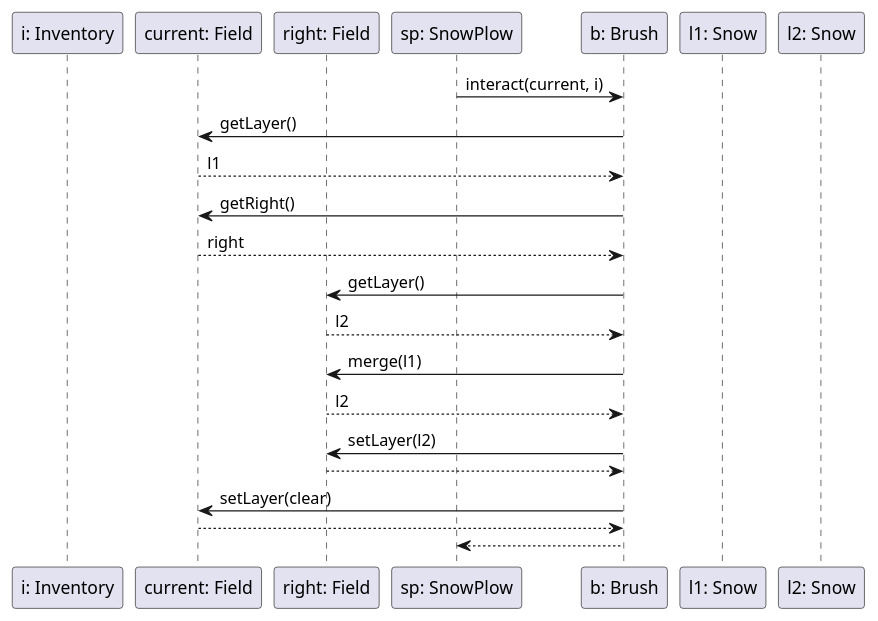
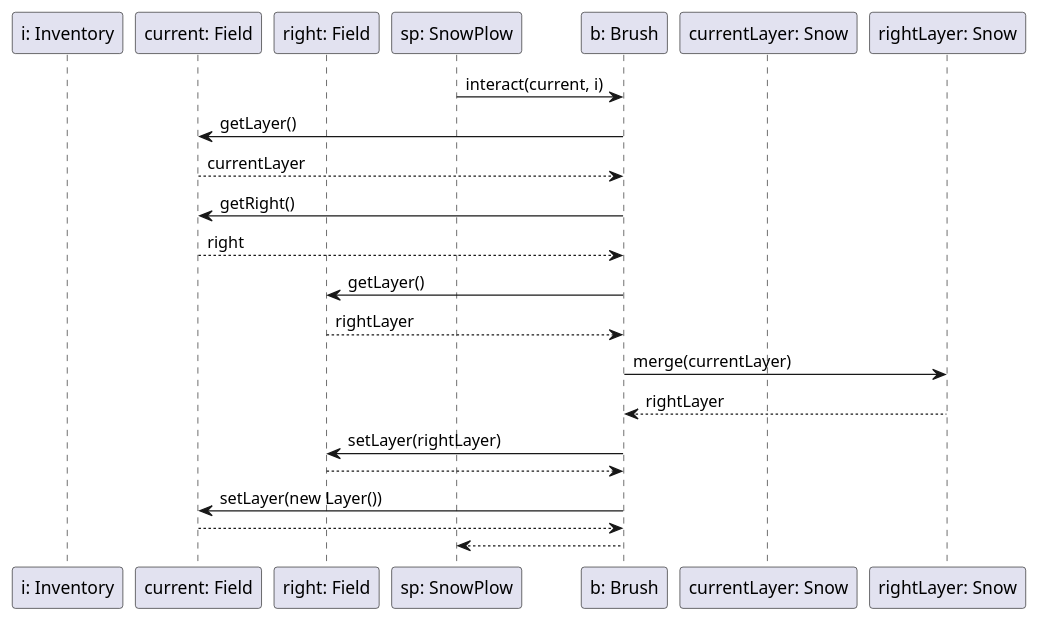
Before and after one commit to uhrinandor/spring: the diagram in docs/analizis1/sequence/brush_snow_interact.plantuml, drawn with PlantUML. The commit also changed 7 other files, not shown here.

Commit message:
szekvenciak broom_fej_interact, brush_snow, bus_collector, dragon_snow, hokotro_pontadas, melt, spshop javitasa

```diff
--- a/docs/analizis1/sequence/brush_snow_interact.plantuml
+++ b/docs/analizis1/sequence/brush_snow_interact.plantuml
@@ -1,24 +1,24 @@
 participant "i: Inventory"
 participant "current: Field"
 participant "right: Field"
 participant "sp: SnowPlow"
 participant "b: Brush"
-participant "l1: Snow"
-participant "l2: Snow"
+participant "currentLayer: Snow"
+participant "rightLayer: Snow"
 
 
 
 "sp: SnowPlow" -> "b: Brush" : interact(current, i)
 "b: Brush" -> "current: Field" : getLayer()
-"current: Field" -->"b: Brush": l1
+"current: Field" -->"b: Brush": currentLayer
 "b: Brush" -> "current: Field": getRight()
 "current: Field" --> "b: Brush": right
 "b: Brush" -> "right: Field": getLayer()
-"right: Field" --> "b: Brush" : l2
-"b: Brush" -> "right: Field": merge(l1)
-"right: Field" --> "b: Brush": l2
-"b: Brush" -> "right: Field": setLayer(l2)
+"right: Field" --> "b: Brush" : rightLayer
+"b: Brush" -> "rightLayer: Snow": merge(currentLayer)
+"rightLayer: Snow" --> "b: Brush": rightLayer
+"b: Brush" -> "right: Field": setLayer(rightLayer)
 "right: Field" --> "b: Brush"
-"b: Brush" -> "current: Field": setLayer(clear)
+"b: Brush" -> "current: Field": setLayer(new Layer())
 "current: Field" -->"b: Brush"
 "b: Brush" --> "sp: SnowPlow"
```
